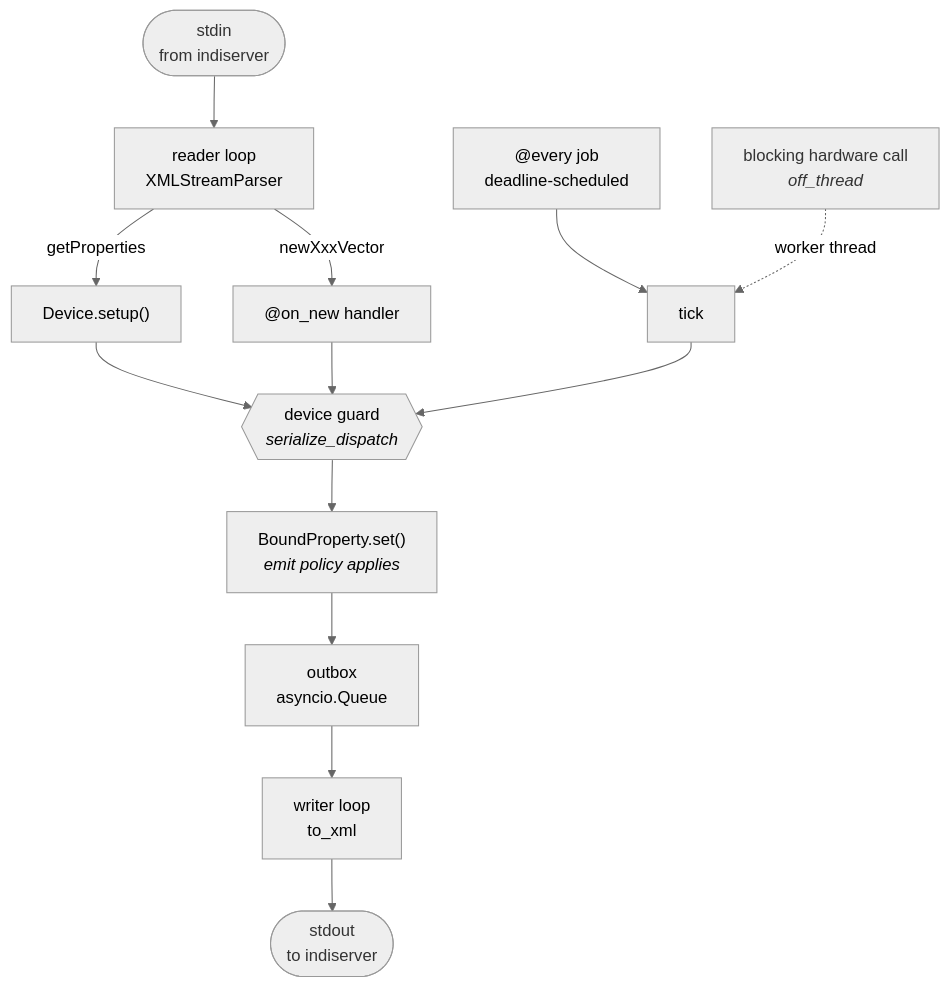
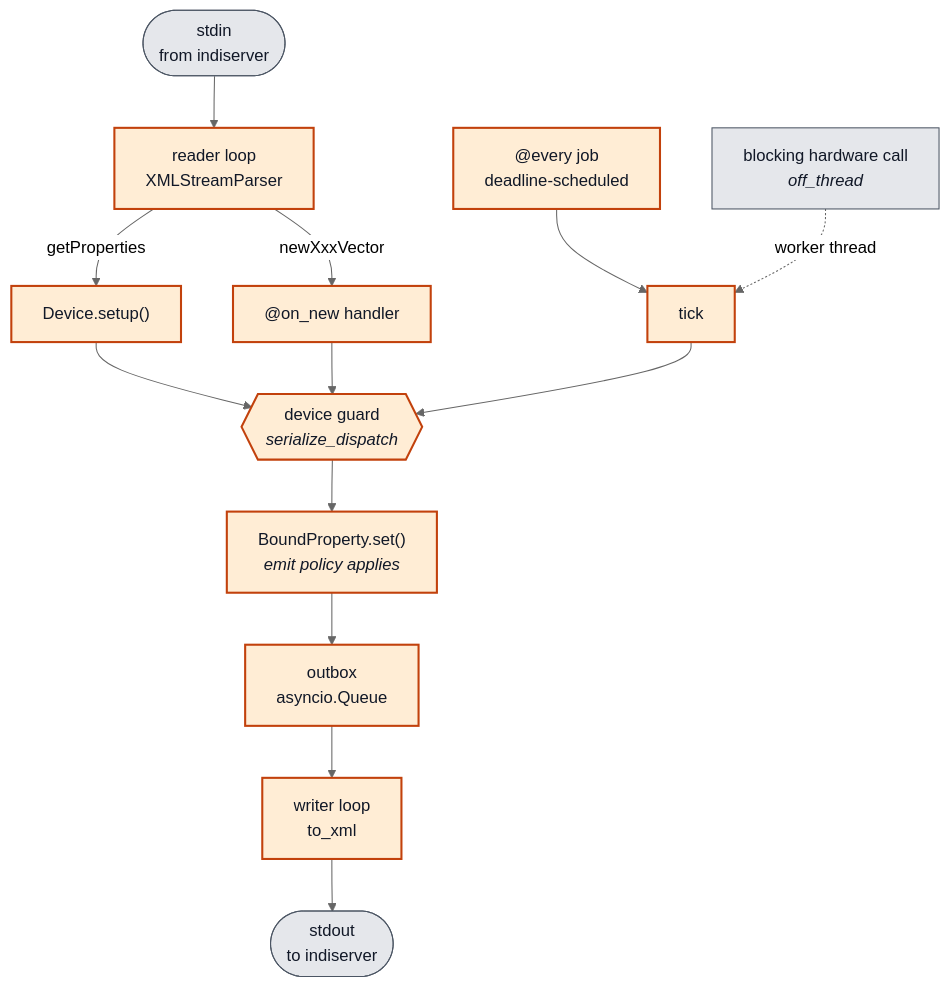
One commit to sidereal-software/indi-nexus changed the diagram in src/indi_nexus/CLAUDE.md. Above: the diagram before and after it, drawn with Mermaid (neutral theme). The commit also changed 3 other files, not shown here.

First line of the commit message:
docs: improve mermaid diagram contrast on light backgrounds

````diff
--- a/src/indi_nexus/CLAUDE.md
+++ b/src/indi_nexus/CLAUDE.md
@@ -10,20 +10,22 @@
 ```mermaid
 flowchart TB
     stdin(["stdin<br/>from indiserver"]) --> reader["reader loop<br/>XMLStreamParser"]
     reader -->|getProperties| setup["Device.setup()"]
     reader -->|newXxxVector| disp["@on_new handler"]
     timer["@every job<br/>deadline-scheduled"] --> tick["tick"]
 
     setup --> guard{{"device guard<br/><i>serialize_dispatch</i>"}}
     disp --> guard
     tick --> guard
     guard --> props["BoundProperty.set()<br/><i>emit policy applies</i>"]
     props --> outbox["outbox<br/>asyncio.Queue"]
     outbox --> writer["writer loop<br/>to_xml"]
     writer --> stdout(["stdout<br/>to indiserver"])
 
     blocking["blocking hardware call<br/><i>off_thread</i>"] -.->|worker thread| tick
 
-    classDef ext fill:#eee,stroke:#999,color:#333
+    classDef ours fill:#ffedd5,stroke:#c2410c,stroke-width:2px,color:#111827
+    classDef ext fill:#e5e7eb,stroke:#4b5563,stroke-width:1px,color:#111827
+    class reader,setup,disp,timer,tick,guard,props,outbox,writer ours
     class stdin,stdout,blocking ext
 ```
````
